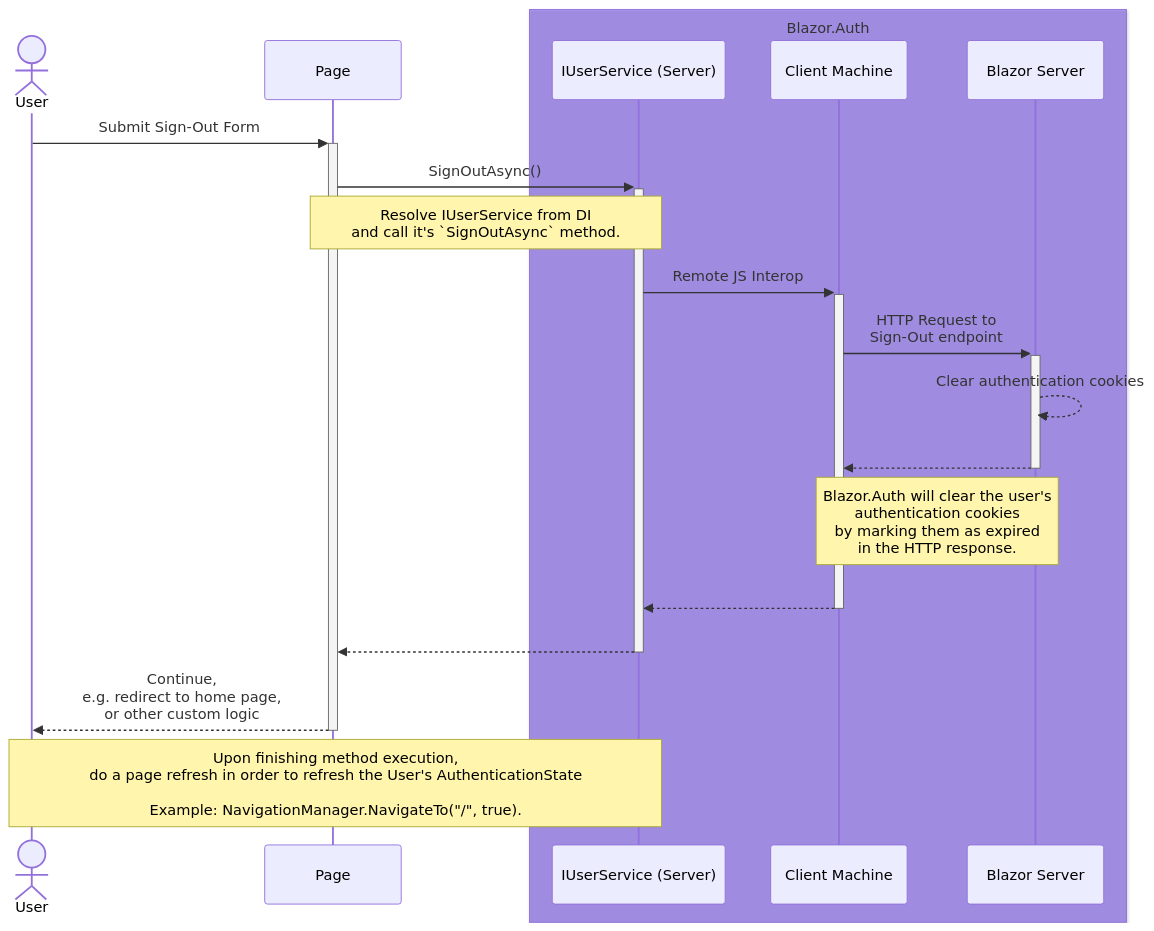
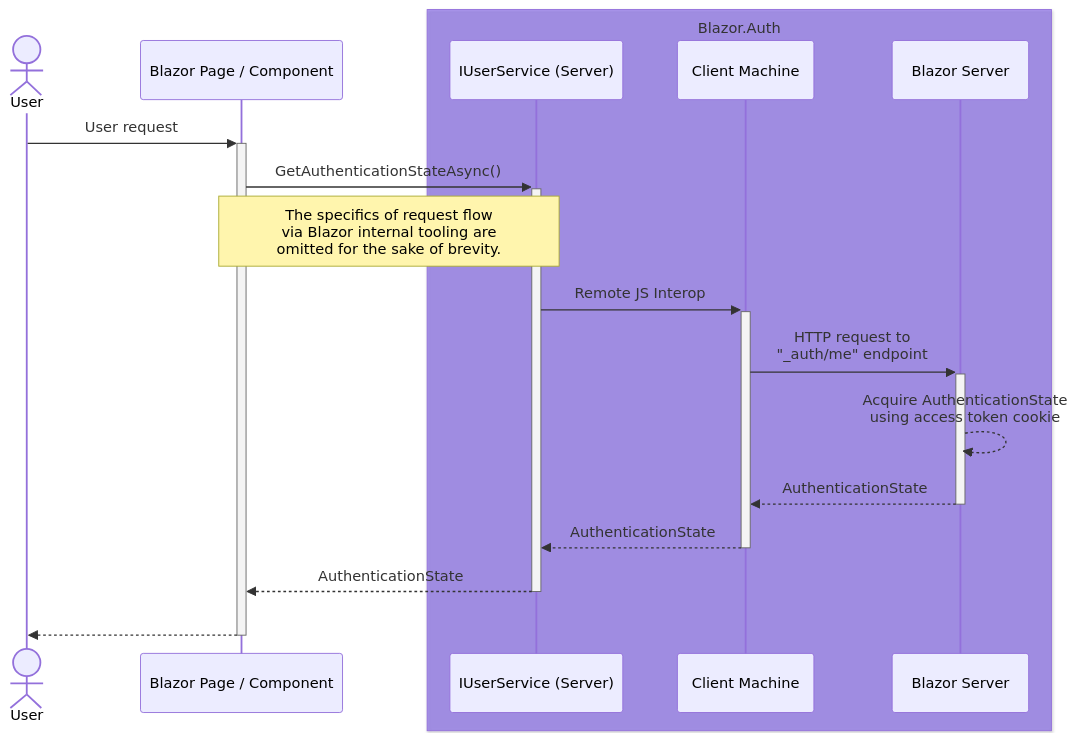
One commit to BitzArt/Blazor.Auth changed the third of 4 diagrams in docs/src/04.use-cases/03.interactive-server.md. Above: the diagram before and after it, drawn with Mermaid. The commit also changed other lines of this file and 2 other files, not shown here.

Commit message:
Add sequence diagrams to get the AuthenticationState

````diff
--- a/docs/src/04.use-cases/03.interactive-server.md
+++ b/docs/src/04.use-cases/03.interactive-server.md
@@ -48,31 +80,29 @@
 ```mermaid
 sequenceDiagram
 
 actor user as User
-participant page as Page
+participant component as Blazor Page / Component
 
 box rgba(101, 63, 232, 0.5) Blazor.Auth
 participant userServiceServer as IUserService (Server)
 participant blazorClient as Client Machine
 participant blazorServer as Blazor Server
 end
 
-user ->>+ page: Submit Sign-Out Form
-page ->>+ userServiceServer: SignOutAsync()
-note over page,userServiceServer: Resolve IUserService from DI<br/> and call it's `SignOutAsync` method.
+user ->>+ component: User request
+component ->>+ userServiceServer: GetAuthenticationStateAsync()
+
+note over component,userServiceServer: The specifics of request flow <br /> via Blazor internal tooling are <br /> omitted for the sake of brevity.
 
 userServiceServer ->>+ blazorClient: Remote JS Interop
-blazorClient ->>+ blazorServer: HTTP Request to <br/> Sign-Out endpoint
+blazorClient ->>+ blazorServer: HTTP request to <br /> "_auth/me" endpoint
 
-blazorServer -->> blazorServer: Clear authentication cookies
+blazorServer -->> blazorServer: Acquire AuthenticationState <br /> using access token cookie
 
-blazorServer -->>- blazorClient: #32;
-note over blazorClient,blazorServer: Blazor.Auth will clear the user's <br/> authentication cookies <br/> by marking them as expired <br/> in the HTTP response.
+blazorServer -->>- blazorClient: AuthenticationState
 
-blazorClient -->>- userServiceServer: #32;
+blazorClient -->>- userServiceServer: AuthenticationState
 
-userServiceServer -->>- page: #32;
-page -->>- user: Continue, <br/> e.g. redirect to home page, <br/> or other custom logic
-
-note over user,userServiceServer: Upon finishing method execution, <br/> do a page refresh in order to refresh the User's AuthenticationState<br/><br/> Example: NavigationManager.NavigateTo("/", true).
+userServiceServer -->>- component: AuthenticationState
+component -->>- user: #32;
 ```
````
